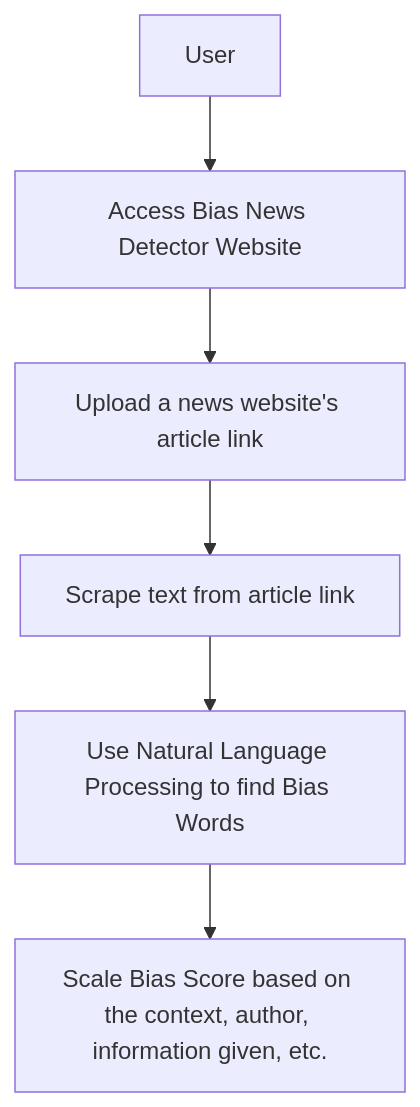
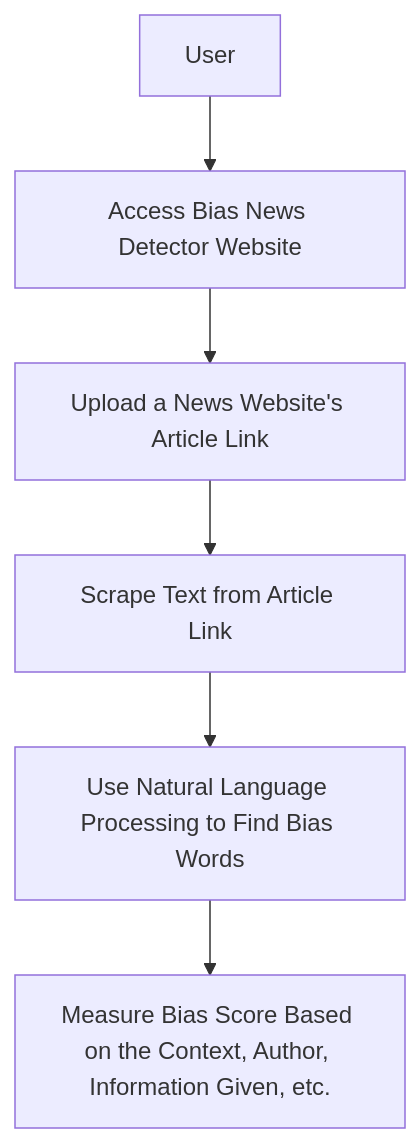
Before and after one commit to JordanDotPy/Senior_Capstone: the third of 3 diagrams in homeworks/assignment4_design_diagrams.md, drawn with Mermaid. The commit also changed other lines of this file, not shown here.

````diff
--- a/homeworks/assignment4_design_diagrams.md
+++ b/homeworks/assignment4_design_diagrams.md
@@ -25,9 +25,9 @@
 ```mermaid
 graph TD;
     A[User] --> B;
     B[Access Bias News Detector Website] --> C;
-    C[Upload a news website's article link] --> D;
-    D[Scrape text from article link] --> E;
-    E[Use Natural Language Processing to find Bias Words] --> F;
-    F[Scale Bias Score based on the context, author, information given, etc.];
+    C[Upload a News Website's Article Link] --> D;
+    D[Scrape Text from Article Link] --> E;
+    E[Use Natural Language Processing to Find Bias Words] --> F;
+    F[Measure Bias Score Based on the Context, Author, Information Given, etc.];
 ```
````
